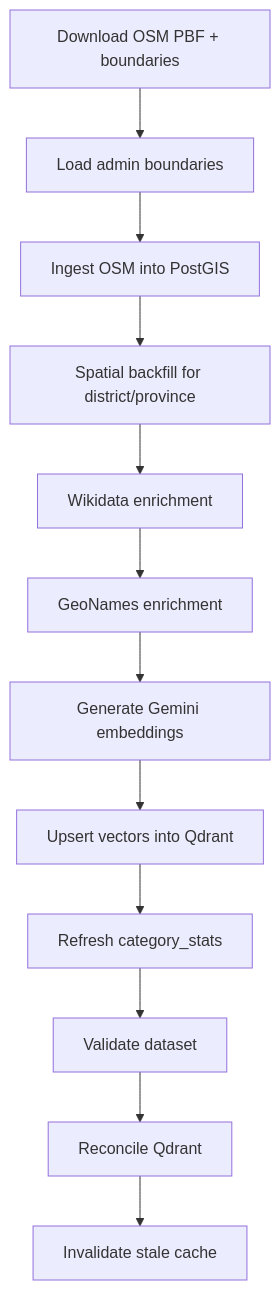
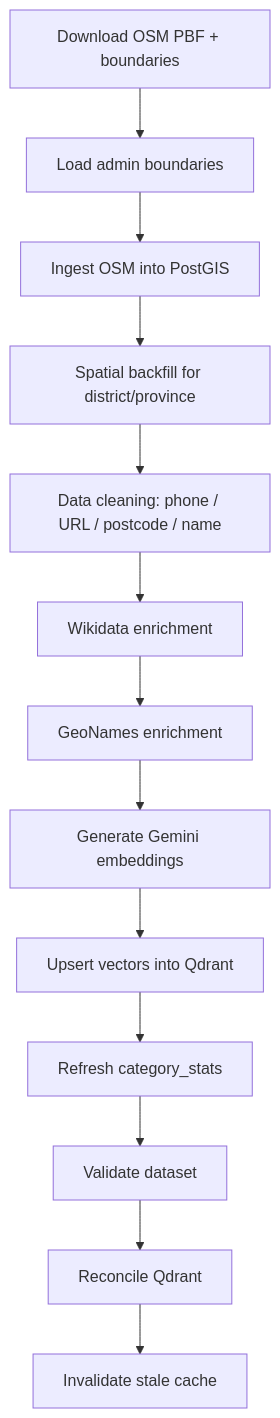
Before and after one commit to kusalkrp/MCP-Sri-Lanka-Geo: the sixth of 6 diagrams in README.md, drawn with Mermaid. The commit also changed other lines of this file and 3 other files, not shown here.

Commit message:
feat: implement data cleaning step for POIs, normalizing phone numbers, websites, postcodes, and names

````diff
--- a/README.md
+++ b/README.md
@@ -499,14 +499,15 @@
 ```mermaid
 flowchart TD
     A[Download OSM PBF + boundaries] --> B[Load admin boundaries]
     B --> C[Ingest OSM into PostGIS]
     C --> D[Spatial backfill for district/province]
-    D --> E[Wikidata enrichment]
-    E --> F[GeoNames enrichment]
-    F --> G[Generate Gemini embeddings]
-    G --> H[Upsert vectors into Qdrant]
-    H --> I[Refresh category_stats]
-    I --> J[Validate dataset]
-    J --> K[Reconcile Qdrant]
-    K --> L[Invalidate stale cache]
+    D --> E[Data cleaning: phone / URL / postcode / name]
+    E --> F[Wikidata enrichment]
+    F --> G[GeoNames enrichment]
+    G --> H[Generate Gemini embeddings]
+    H --> I[Upsert vectors into Qdrant]
+    I --> J[Refresh category_stats]
+    J --> K[Validate dataset]
+    K --> L[Reconcile Qdrant]
+    L --> M[Invalidate stale cache]
 ```
````
